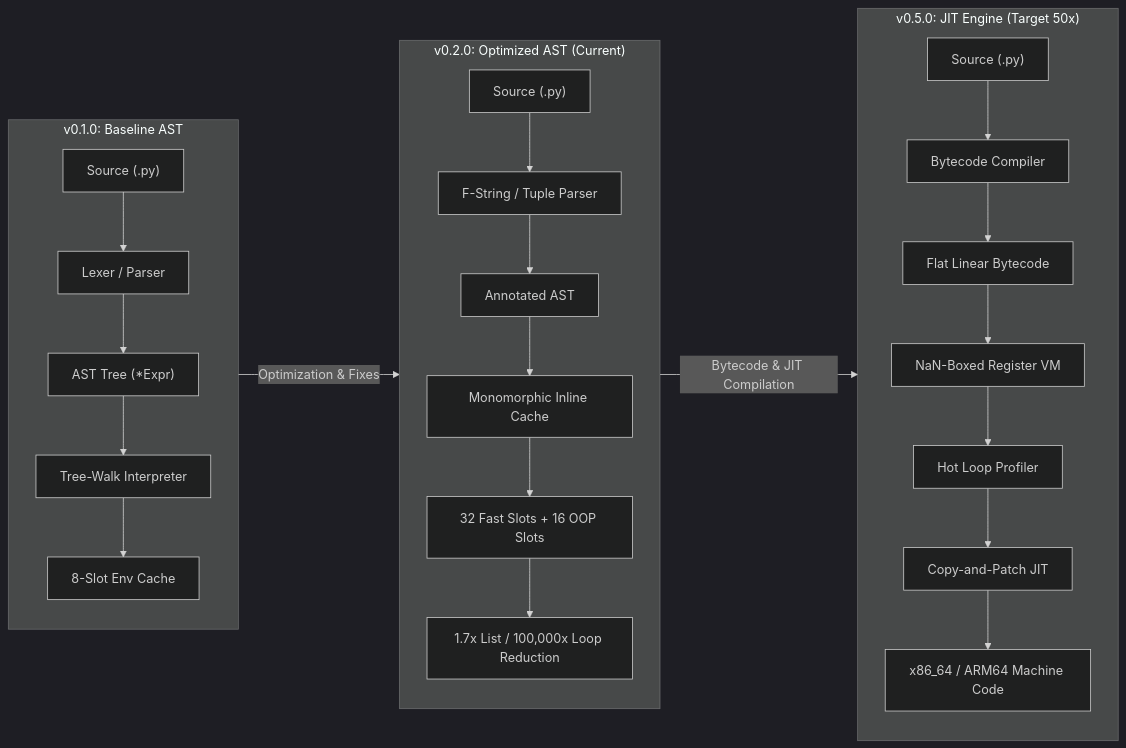
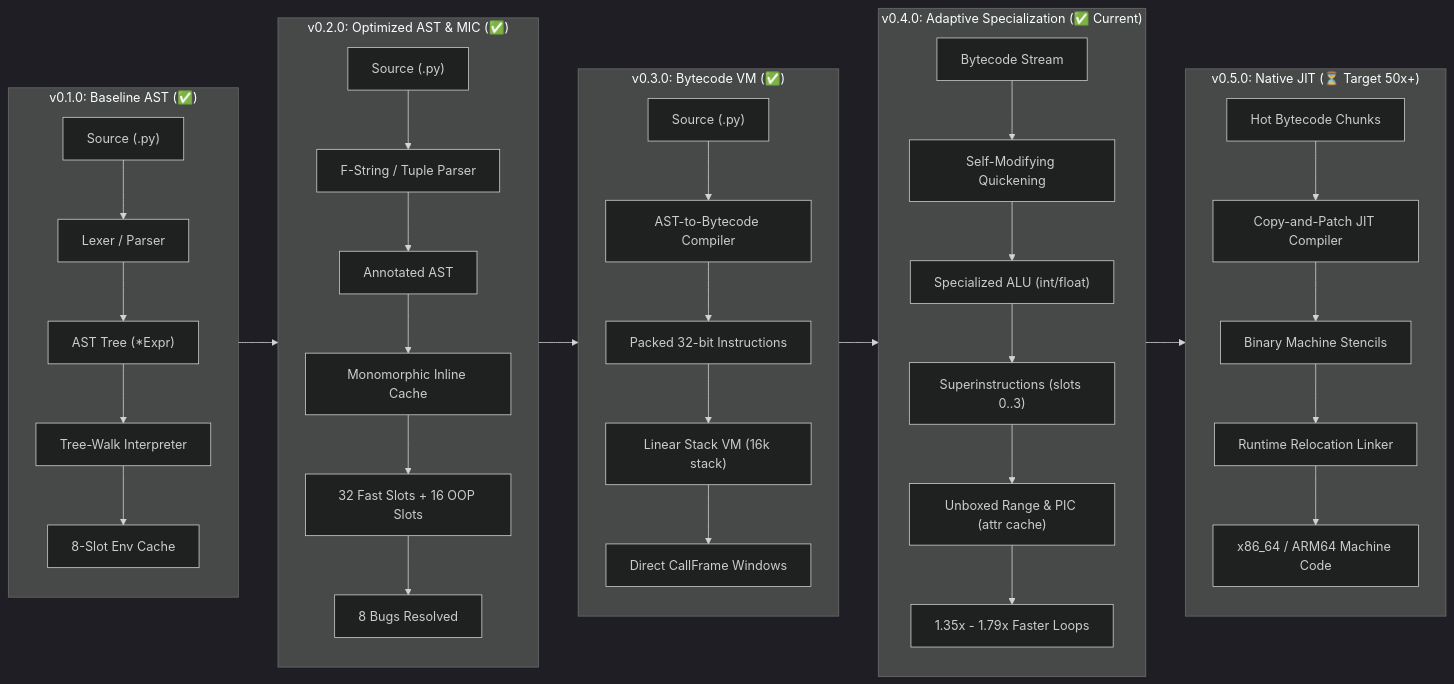
One commit to babar-xagi/zython- changed the diagram in developer_doc/README.md. Above: the diagram before and after it, drawn with Mermaid (dark theme). The commit also changed other lines of this file and 7 other files, not shown here.

````diff
--- a/developer_doc/README.md
+++ b/developer_doc/README.md
@@ -21,29 +21,44 @@
 ```mermaid
 flowchart LR
-    subgraph Phase1 ["v0.1.0: Baseline AST"]
+    subgraph Phase1 ["v0.1.0: Baseline AST (✅)"]
         A1["Source (.py)"] --> B1["Lexer / Parser"]
         B1 --> C1["AST Tree (*Expr)"]
         C1 --> D1["Tree-Walk Interpreter"]
         D1 --> E1["8-Slot Env Cache"]
     end
 
-    subgraph Phase2 ["v0.2.0: Optimized AST (Current)"]
+    subgraph Phase2 ["v0.2.0: Optimized AST & MIC (✅)"]
         A2["Source (.py)"] --> B2["F-String / Tuple Parser"]
         B2 --> C2["Annotated AST"]
         C2 --> D2["Monomorphic Inline Cache"]
         D2 --> E2["32 Fast Slots + 16 OOP Slots"]
-        E2 --> F2["1.7x List / 100,000x Loop Reduction"]
+        E2 --> F2["8 Bugs Resolved"]
     end
 
-    subgraph Phase3 ["v0.5.0: JIT Engine (Target 50x)"]
-        A3["Source (.py)"] --> B3["Bytecode Compiler"]
-        B3 --> C3["Flat Linear Bytecode"]
-        C3 --> D3["NaN-Boxed Register VM"]
-        D3 --> E3["Hot Loop Profiler"]
-        E3 --> F3["Copy-and-Patch JIT"]
-        F3 --> G3["x86_64 / ARM64 Machine Code"]
+    subgraph Phase3 ["v0.3.0: Bytecode VM (✅)"]
+        A3["Source (.py)"] --> B3["AST-to-Bytecode Compiler"]
+        B3 --> C3["Packed 32-bit Instructions"]
+        C3 --> D3["Linear Stack VM (16k stack)"]
+        D3 --> E3["Direct CallFrame Windows"]
     end
 
-    Phase1 -->|Optimization & Fixes| Phase2
-    Phase2 -->|Bytecode & JIT Compilation| Phase3
+    subgraph Phase4 ["v0.4.0: Adaptive Specialization (✅ Current)"]
+        A4["Bytecode Stream"] --> B4["Self-Modifying Quickening"]
+        B4 --> C4["Specialized ALU (int/float)"]
+        C4 --> D4["Superinstructions (slots 0..3)"]
+        D4 --> E4["Unboxed Range & PIC (attr cache)"]
+        E4 --> F4["1.35x - 1.79x Faster Loops"]
+    end
+
+    subgraph Phase5 ["v0.5.0: Native JIT (⏳ Target 50x+)"]
+        A5["Hot Bytecode Chunks"] --> B5["Copy-and-Patch JIT Compiler"]
+        B5 --> C5["Binary Machine Stencils"]
+        C5 --> D5["Runtime Relocation Linker"]
+        D5 --> E5["x86_64 / ARM64 Machine Code"]
+    end
+
+    Phase1 --> Phase2
+    Phase2 --> Phase3
+    Phase3 --> Phase4
+    Phase4 --> Phase5
 ```
````
